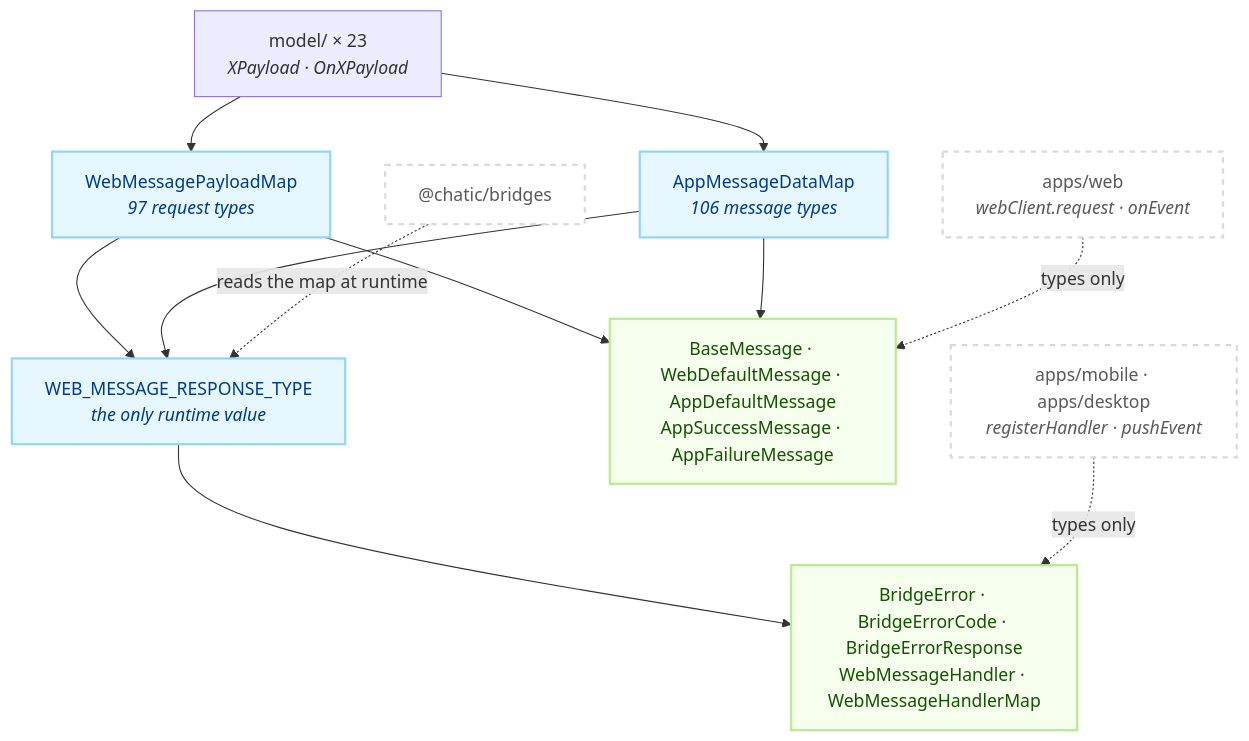
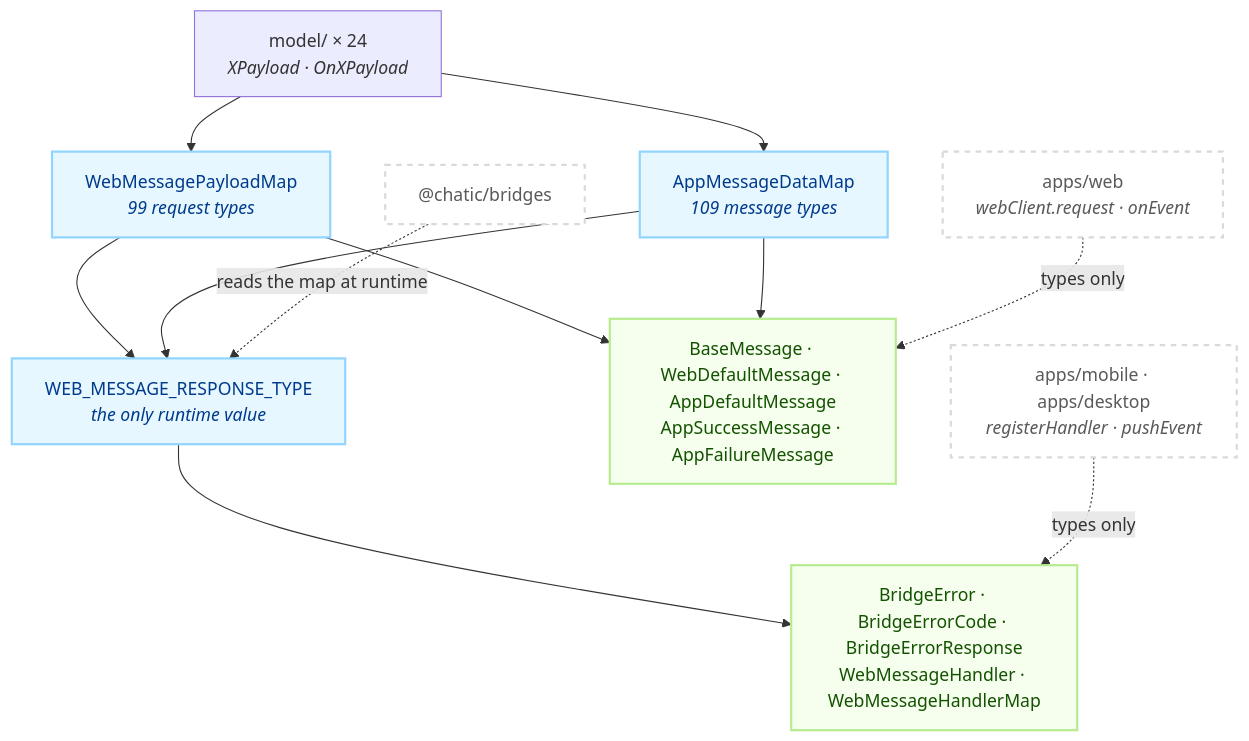
Before and after one commit to lemoncloud-io/dou-app: the first of 2 diagrams in libs/app-messages/README.md, drawn with Mermaid. The commit also changed other lines of this file and 60 other files, not shown here.

First line of the commit message:
feat(mobile,web,app-messages): show reviewed pages in a sub WebView with no bridge (ADR-0265)

````diff
--- a/libs/app-messages/README.md
+++ b/libs/app-messages/README.md
@@ -99,28 +99,28 @@
 ```mermaid
 flowchart TD
     classDef ext fill:#ffffff,stroke:#d9d9d9,stroke-width:2px,color:#595959,stroke-dasharray: 5 5;
     classDef map fill:#e6f7ff,stroke:#91d5ff,stroke-width:2px,color:#003a8c;
     classDef env fill:#f6ffed,stroke:#b7eb8f,stroke-width:2px,color:#135200;
 
-    Model["model/ × 23<br/><i>XPayload · OnXPayload</i>"]
-    WM["WebMessagePayloadMap<br/><i>97 request types</i>"]:::map
-    AM["AppMessageDataMap<br/><i>106 message types</i>"]:::map
+    Model["model/ × 24<br/><i>XPayload · OnXPayload</i>"]
+    WM["WebMessagePayloadMap<br/><i>99 request types</i>"]:::map
+    AM["AppMessageDataMap<br/><i>109 message types</i>"]:::map
     RT["WEB_MESSAGE_RESPONSE_TYPE<br/><i>the only runtime value</i>"]:::map
     Env["BaseMessage · WebDefaultMessage · AppDefaultMessage<br/>AppSuccessMessage · AppFailureMessage"]:::env
     Err["BridgeError · BridgeErrorCode · BridgeErrorResponse<br/>WebMessageHandler · WebMessageHandlerMap"]:::env
 
     Web["apps/web<br/><i>webClient.request · onEvent</i>"]:::ext
     Shell["apps/mobile · apps/desktop<br/><i>registerHandler · pushEvent</i>"]:::ext
     Br["@chatic/bridges"]:::ext
 
     Model --> WM
     Model --> AM
     WM --> RT
     AM --> RT
     WM --> Env
     AM --> Env
     RT --> Err
     Br -.->|"reads the map at runtime"| RT
     Web -.->|"types only"| Env
     Shell -.->|"types only"| Err
 ```
````
